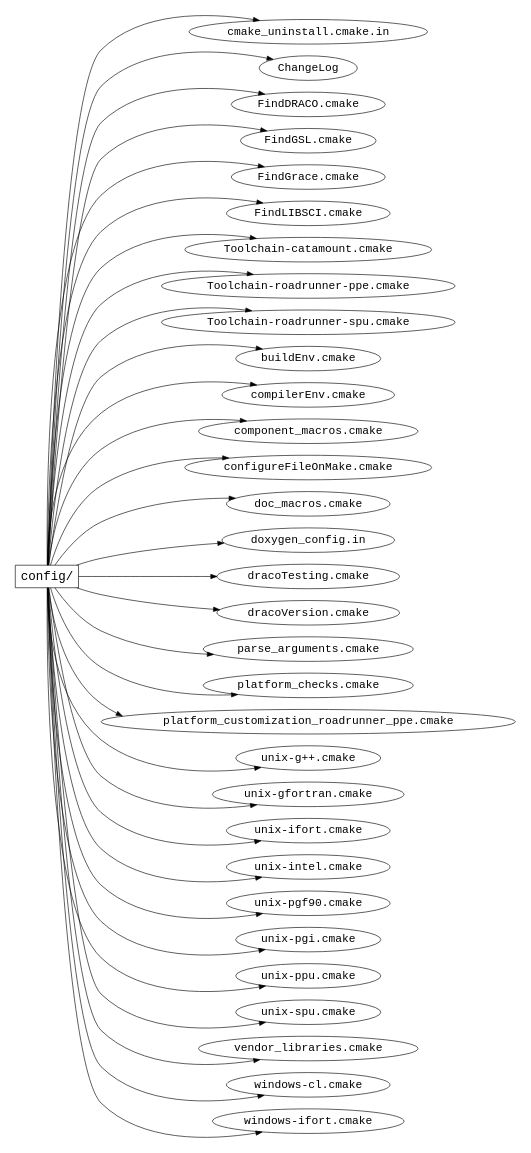
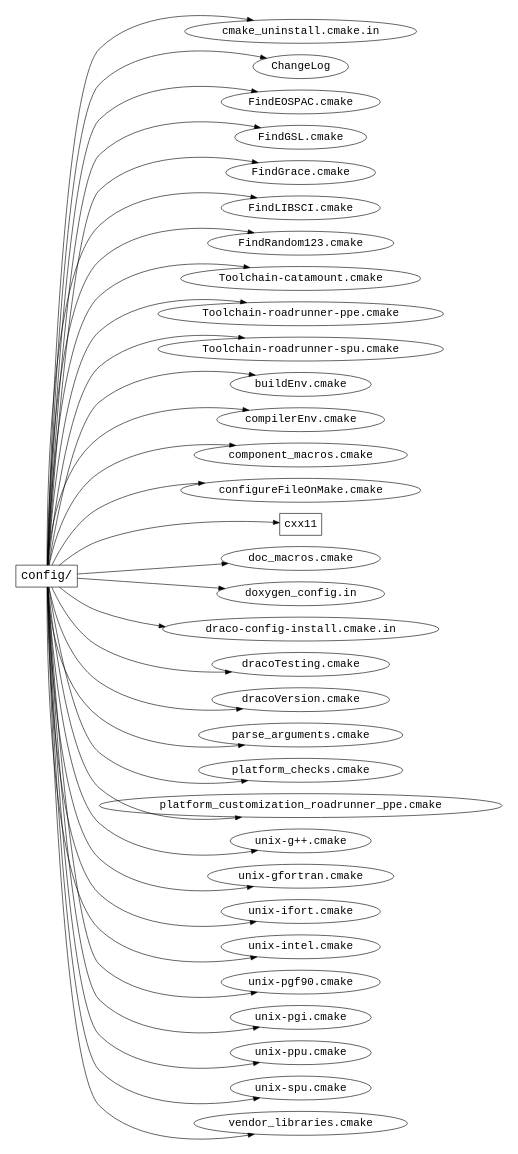
The diagram in doc/build/fig/src_config.dot (warsa/Draco), drawn with Graphviz before and after one commit. The commit also changed 7 other files, not shown here.

```diff
--- a/doc/build/fig/src_config.dot
+++ b/doc/build/fig/src_config.dot
@@ -1,62 +1,65 @@
 /* Time-stamp: <99/02/01 15:48:29 tme> */
 
 digraph source_tree {
   /* graph attributes */
     center=1;
     margin=".25,.25";
     size="6.5,9";
     rankdir=LR;
     
   /* main directories */
 
   /* .. level */
     node [fontname=Courier];
     
     config  [label="config/", fontsize=20, shape=box];
 
   /* draco/ level */
     node [fontsize=18];
     {
       /* config */
 	node      [shape=ellipse];
 	cma [label="CMakeLists.txt"];
     cha [label="ChangeLog"];
-    finddraco [label="FindDRACO.cmake"];
+    findeospac [label="FindEOSPAC.cmake"];
     findgsl   [label="FindGSL.cmake"];
     findgrace [label="FindGrace.cmake"];
     findlibsci [label="FindLIBSCI.cmake"];
+    findrng123 [label="FindRandom123.cmake"];
     toolchaincat [label="Toolchain-catamount.cmake"];
     toolchainrrppe [label="Toolchain-roadrunner-ppe.cmake"];
     toolchainrrspu [label="Toolchain-roadrunner-spu.cmake"];
     bui [label="buildEnv.cmake"];
     cma [label="cmake_uninstall.cmake.in"];
     compil [label="compilerEnv.cmake"];
     compon [label="component_macros.cmake"];
     con [label="configureFileOnMake.cmake"];
+    cxx11 [label="cxx11" shape=box];
     doc [label="doc_macros.cmake"];
     dox [label="doxygen_config.in"];
+    dci [label="draco-config-install.cmake.in"];
     dracotest [label="dracoTesting.cmake"];
     dracover  [label="dracoVersion.cmake"];
     parse [label="parse_arguments.cmake"];
     platformch [label="platform_checks.cmake"];
     platformcu [label="platform_customization_roadrunner_ppe.cmake"];
     unixgxx [label="unix-g++.cmake"];
     unixgfor [label="unix-gfortran.cmake"];
     unixifort [label="unix-ifort.cmake"];
     unixintel [label="unix-intel.cmake"];
     unixpgf90 [label="unix-pgf90.cmake"];
     unixpgi [label="unix-pgi.cmake"];
     unixppu [label="unix-ppu.cmake"];
     unixspu [label="unix-spu.cmake"];
     vend [label="vendor_libraries.cmake"];
-    wincl [label="windows-cl.cmake"];
-    winifort [label="windows-ifort.cmake"];
+/*    wincl [label="windows-cl.cmake"]; */
+/*    winifort [label="windows-ifort.cmake"]; */
     }
     
   /* tree */
     
-    config -> {cma cha finddraco findgsl findgrace findlibsci toolchaincat toolchainrrppe
-    toolchainrrspu bui cma compil compon con doc dox dracotest dracover parse platformch 
+    config -> {cma cha findeospac findgsl findgrace findlibsci findrng123 toolchaincat toolchainrrppe
+    toolchainrrspu bui cma compil compon con cxx11 doc dox dci dracotest dracover parse platformch 
     platformcu unixgxx unixgfor unixifort unixintel unixpgf90 unixpgi unixppu unixspu vend
-    wincl winifort};
+    };
 }
```
